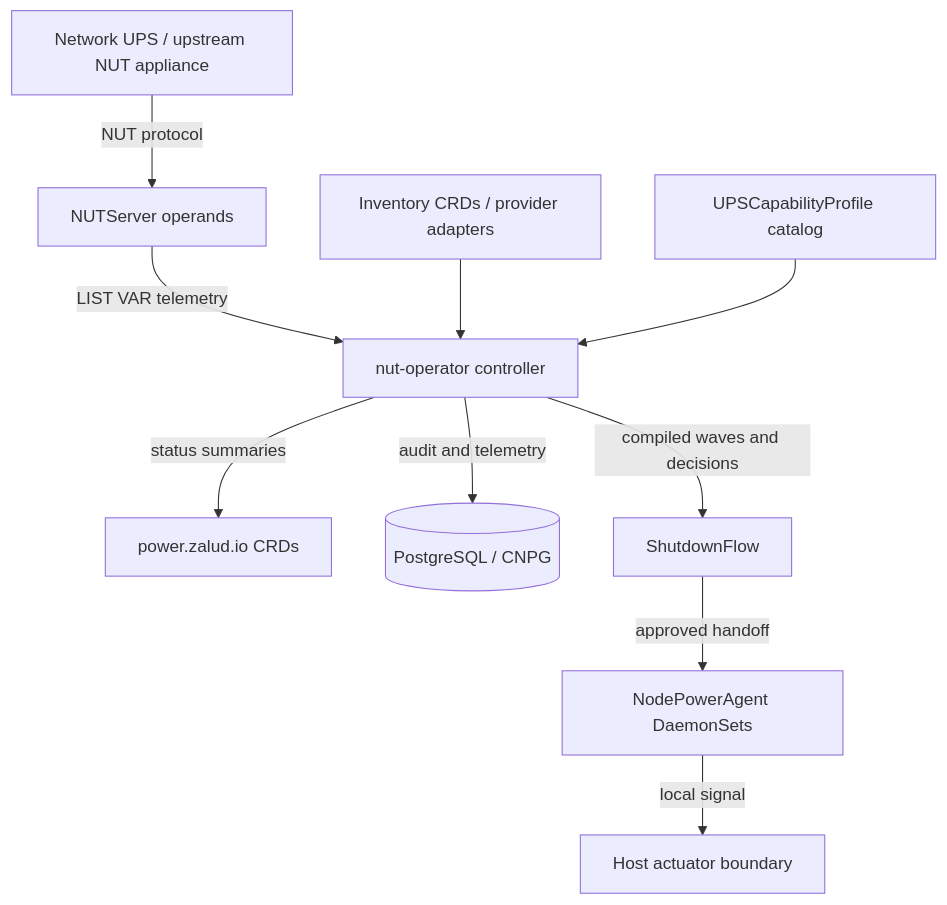
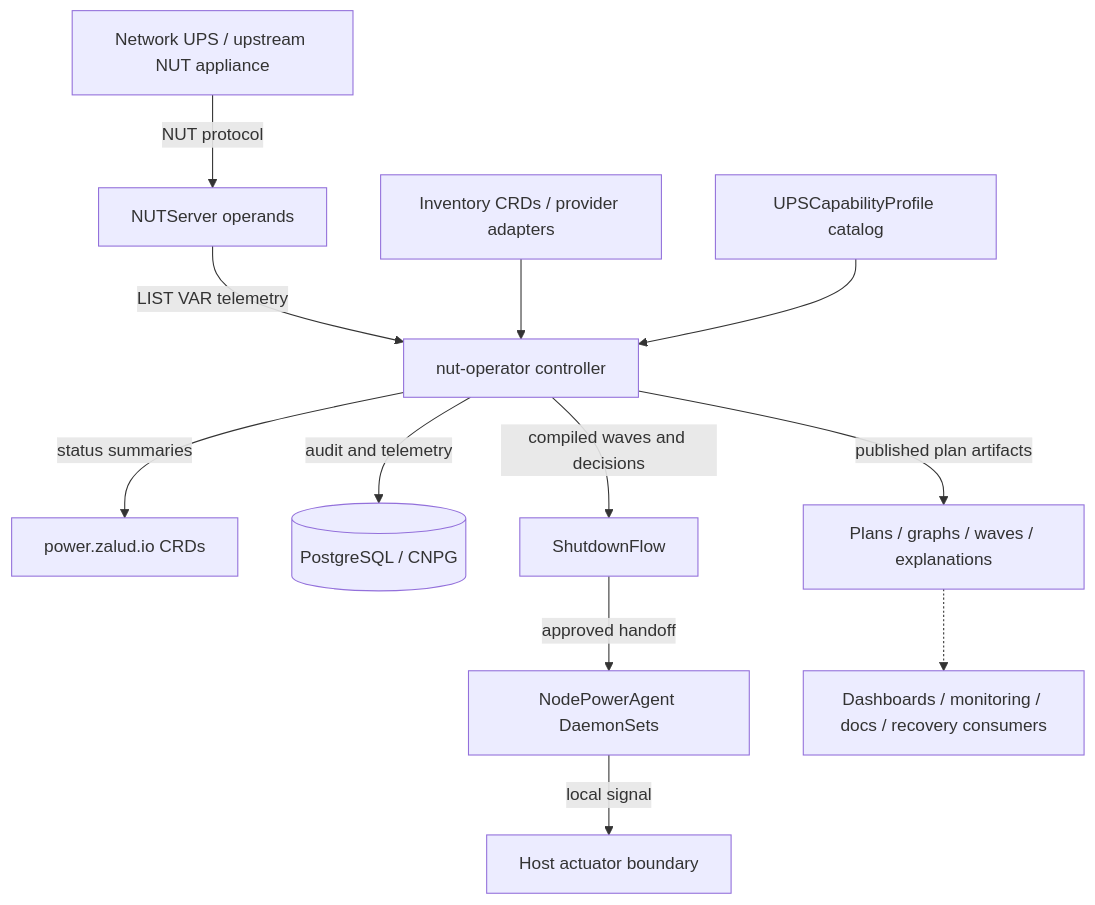
The diagram in README.md (MichaelZalud18/nut-operator), drawn with Mermaid before and after one commit. The commit also changed other lines of this file and 13 other files, not shown here.

````diff
--- a/README.md
+++ b/README.md
@@ -68,12 +71,14 @@
 ```mermaid
 flowchart TD
   UPS[Network UPS / upstream NUT appliance] -->|NUT protocol| Server[NUTServer operands]
   Server -->|LIST VAR telemetry| Operator[nut-operator controller]
   Inventory[Inventory CRDs / provider adapters] --> Operator
   Profiles[UPSCapabilityProfile catalog] --> Operator
   Operator -->|status summaries| CRDs[power.zalud.io CRDs]
   Operator -->|audit and telemetry| Postgres[(PostgreSQL / CNPG)]
   Operator -->|compiled waves and decisions| Flow[ShutdownFlow]
+  Operator -->|published plan artifacts| Artifacts[Plans / graphs / waves / explanations]
   Flow -->|approved handoff| Agents[NodePowerAgent DaemonSets]
   Agents -->|local signal| Actuator[Host actuator boundary]
+  Artifacts -.-> Subscribers[Dashboards / monitoring / docs / recovery consumers]
 ```
````
